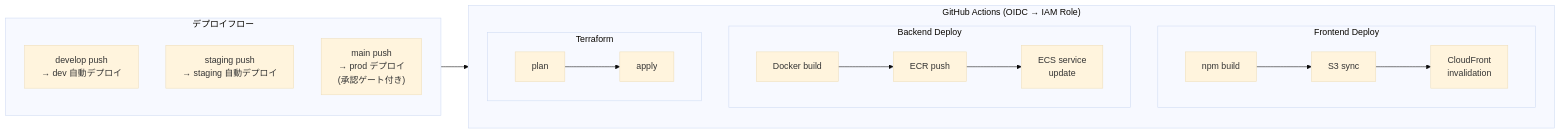
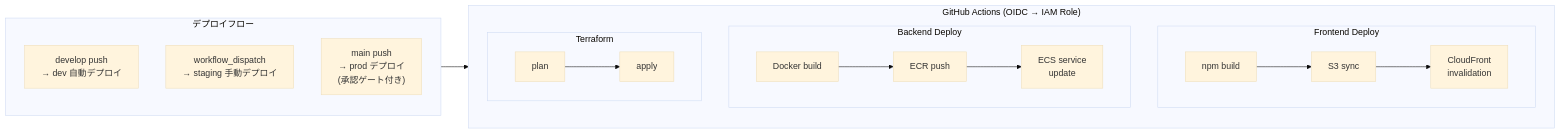
One commit to NexaScience/airas-infra changed the second of 2 diagrams in docs/architecture.md. Above: the diagram before and after it, drawn with Mermaid (base theme). The commit also changed 3 other files, not shown here.

````diff
--- a/docs/architecture.md
+++ b/docs/architecture.md
@@ -80,22 +80,22 @@
 ```mermaid
 graph LR
     subgraph GHA["GitHub Actions (OIDC → IAM Role)"]
         subgraph Frontend["Frontend Deploy"]
             F1["npm build"] --> F2["S3 sync"] --> F3["CloudFront\ninvalidation"]
         end
         subgraph Backend["Backend Deploy"]
             B1["Docker build"] --> B2["ECR push"] --> B3["ECS service\nupdate"]
         end
         subgraph Infra["Terraform"]
             T1["plan"] --> T2["apply"]
         end
     end
 
     subgraph Trigger["デプロイフロー"]
         Dev["develop push\n→ dev 自動デプロイ"]
-        Staging["staging push\n→ staging 自動デプロイ"]
+        Staging["workflow_dispatch\n→ staging 手動デプロイ"]
         Prod["main push\n→ prod デプロイ\n(承認ゲート付き)"]
     end
 
     Trigger --> GHA
 ```
````
